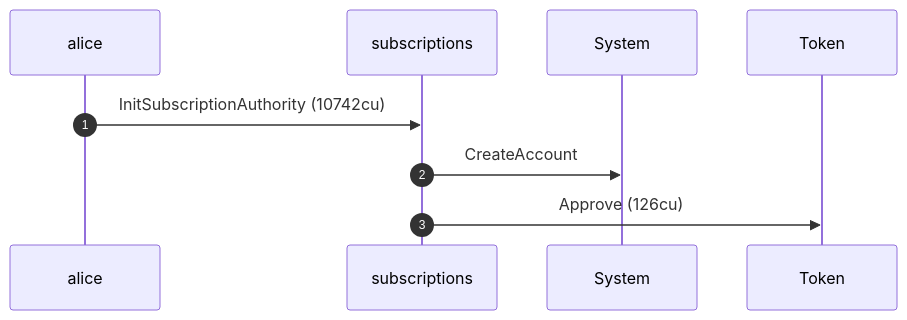
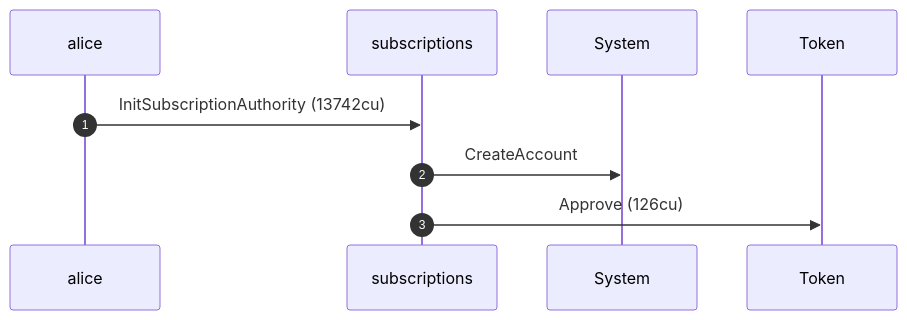
Before and after one commit to cds-rs/subscriptions: the first of 12 diagrams in dsl_tests/transfer-subscription--cancellation-blocks-the-next-period.md, drawn with Mermaid. The commit also changed other lines of this file and 224 other files, not shown here.

````diff
--- a/dsl_tests/transfer-subscription--cancellation-blocks-the-next-period.md
+++ b/dsl_tests/transfer-subscription--cancellation-blocks-the-next-period.md
@@ -24,11 +25,11 @@
 ```mermaid
 sequenceDiagram
     autonumber
     participant alice
     participant subscriptions
     participant System
     participant Token
-    alice ->> subscriptions: InitSubscriptionAuthority (10742cu)
+    alice ->> subscriptions: InitSubscriptionAuthority (13742cu)
     subscriptions ->> System: CreateAccount
     subscriptions ->> Token: Approve (126cu)
 ```
````
